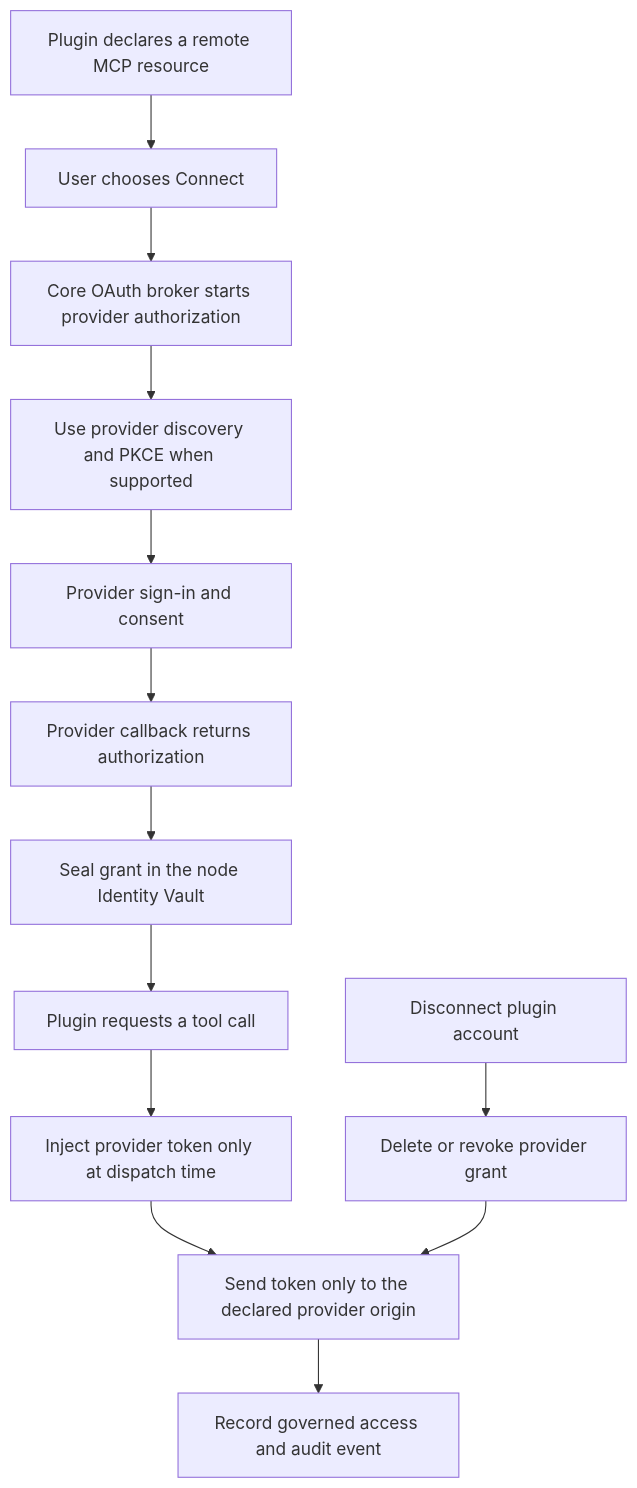
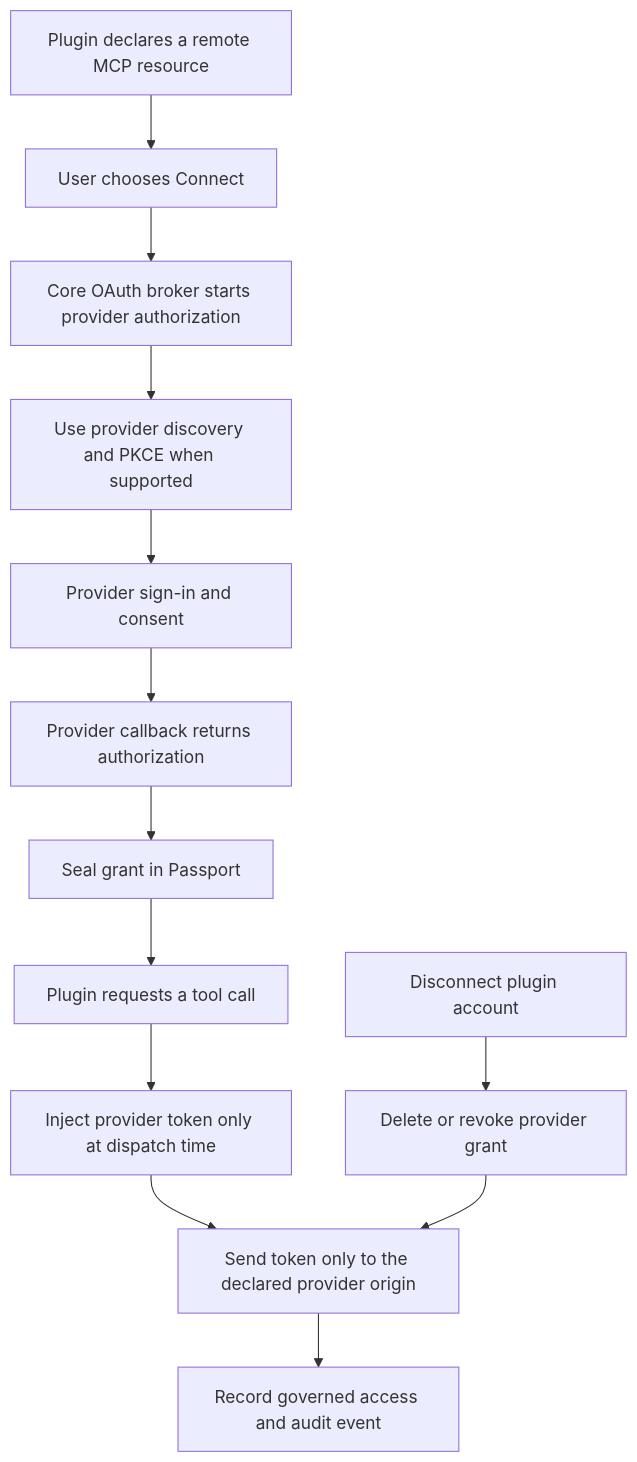
One commit to amajorai/ryu-docs changed the third of 3 diagrams in content/docs/security/authentication-mcp.mdx. Above: the diagram before and after it, drawn with Mermaid. The commit also changed other lines of this file and 910 other files, not shown here.

````diff
--- a/content/docs/security/authentication-mcp.mdx
+++ b/content/docs/security/authentication-mcp.mdx
@@ -62,15 +62,15 @@
 ```mermaid
 flowchart TD
   Plugin["Plugin declares a remote MCP resource"] --> Connect["User chooses Connect"]
   Connect --> Broker["Core OAuth broker starts provider authorization"]
   Broker --> PKCE["Use provider discovery and PKCE when supported"]
   PKCE --> Provider["Provider sign-in and consent"]
   Provider --> Callback["Provider callback returns authorization"]
-  Callback --> Seal["Seal grant in the node Identity Vault"]
+  Callback --> Seal["Seal grant in Passport"]
   Seal --> Call["Plugin requests a tool call"]
   Call --> Inject["Inject provider token only at dispatch time"]
   Inject --> Resource["Send token only to the declared provider origin"]
   Resource --> Audit["Record governed access and audit event"]
   Disconnect["Disconnect plugin account"] --> Delete["Delete or revoke provider grant"]
   Delete --> Resource
 ```
````
